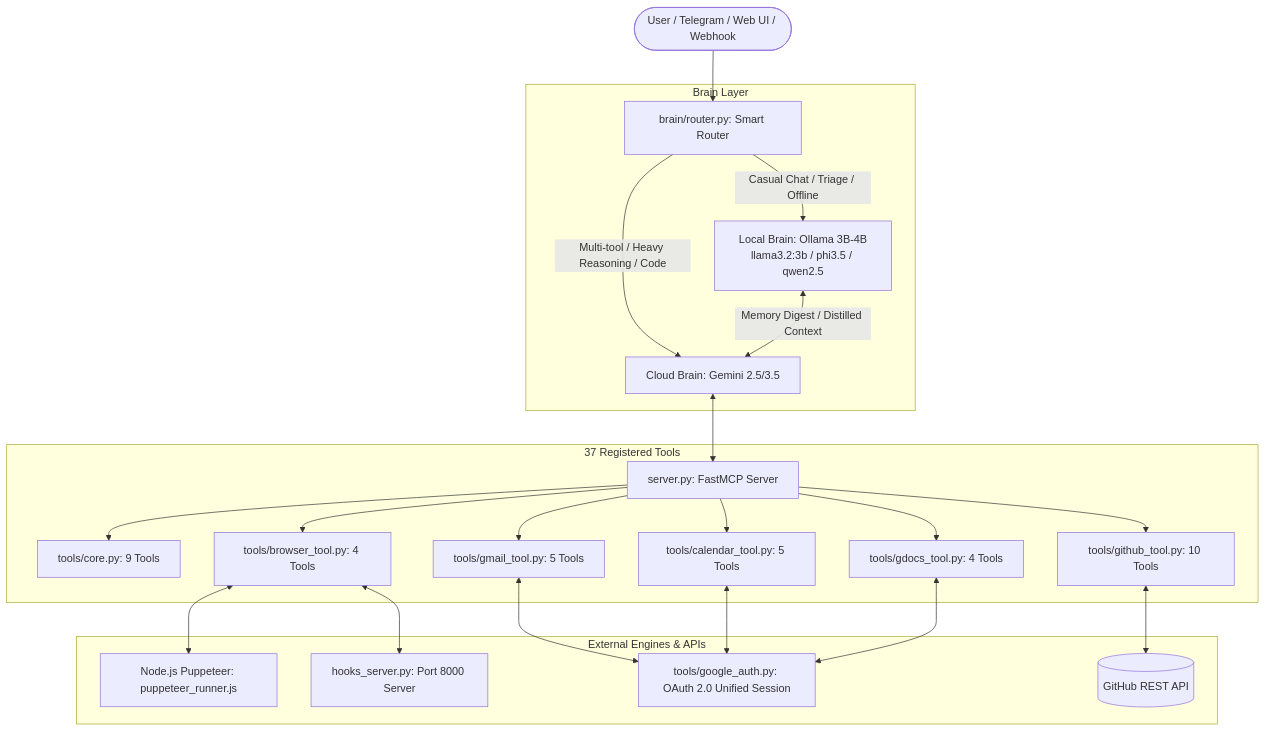
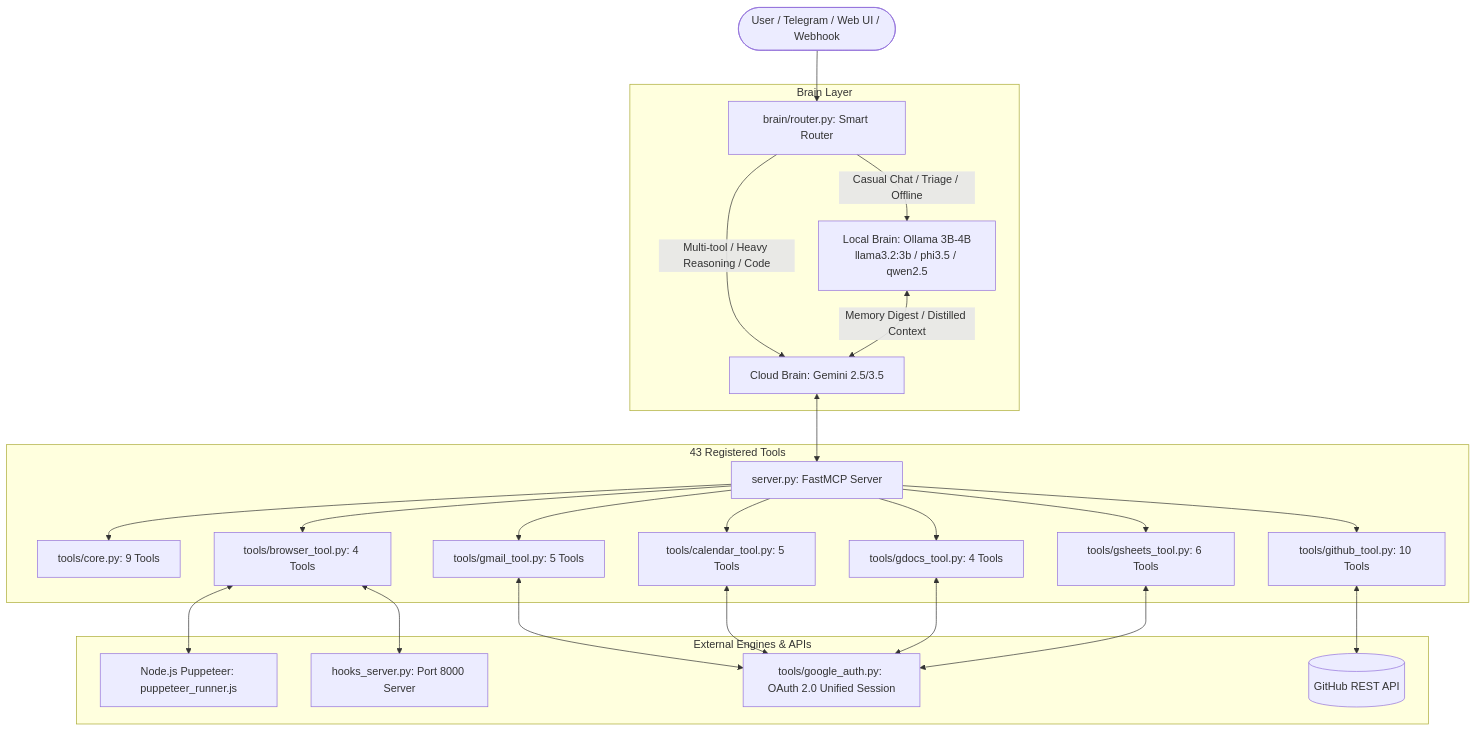
Before and after one commit to AlexBrighten/Hope-Old: the diagram in README.md, drawn with Mermaid. The commit also changed other lines of this file and 8 other files, not shown here.

Commit message:
feat(gsheets): implement Google Sheets tools for creating, reading, writing, appending, and searching spreadsheets

````diff
--- a/README.md
+++ b/README.md
@@ -51,27 +52,28 @@
 ```mermaid
 flowchart TD
     User([User / Telegram / Web UI / Webhook]) --> Router[brain/router.py: Smart Router]
     
     subgraph Brain Layer
         Router -->|Casual Chat / Triage / Offline| LocalBrain[Local Brain: Ollama 3B-4B<br/>llama3.2:3b / phi3.5 / qwen2.5]
         Router -->|Multi-tool / Heavy Reasoning / Code| CloudBrain[Cloud Brain: Gemini 2.5/3.5]
         LocalBrain <-->|Memory Digest / Distilled Context| CloudBrain
     end
 
-    subgraph FastMCP Tool Suite [37 Registered Tools]
+    subgraph FastMCP Tool Suite [43 Registered Tools]
         CloudBrain <--> MCP[server.py: FastMCP Server]
         MCP --> Core[tools/core.py: 9 Tools]
         MCP --> GH[tools/github_tool.py: 10 Tools]
         MCP --> GM[tools/gmail_tool.py: 5 Tools]
         MCP --> GC[tools/calendar_tool.py: 5 Tools]
         MCP --> GD[tools/gdocs_tool.py: 4 Tools]
+        MCP --> GS[tools/gsheets_tool.py: 6 Tools]
         MCP --> BR[tools/browser_tool.py: 4 Tools]
     end
 
     subgraph External Engines & APIs
         BR <--> Puppeteer[Node.js Puppeteer: puppeteer_runner.js]
         BR <--> WebhookServer[hooks_server.py: Port 8000 Server]
-        GM & GC & GD <--> GoogleAuth[tools/google_auth.py: OAuth 2.0 Unified Session]
+        GM & GC & GD & GS <--> GoogleAuth[tools/google_auth.py: OAuth 2.0 Unified Session]
         GH <--> GitHubAPI[(GitHub REST API)]
     end
 ```
````
